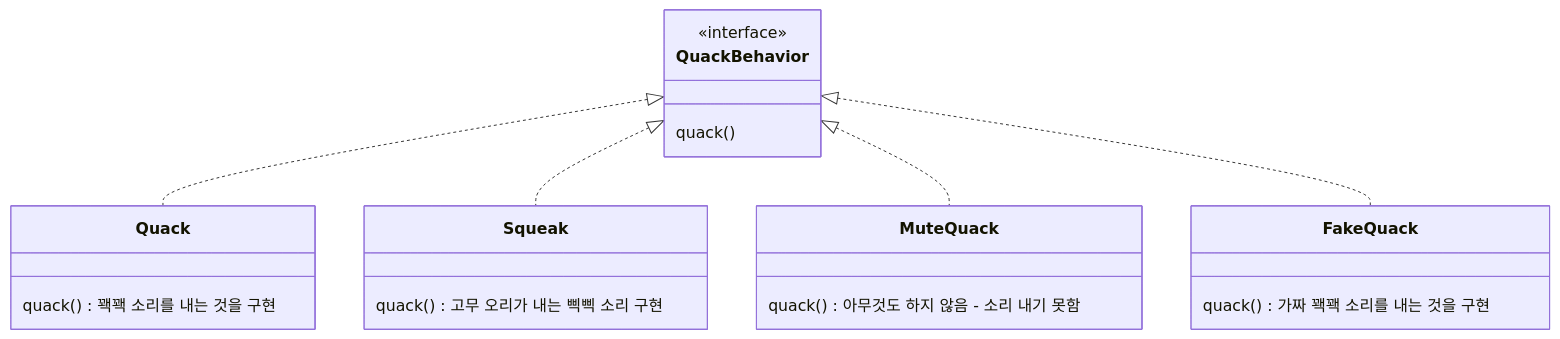
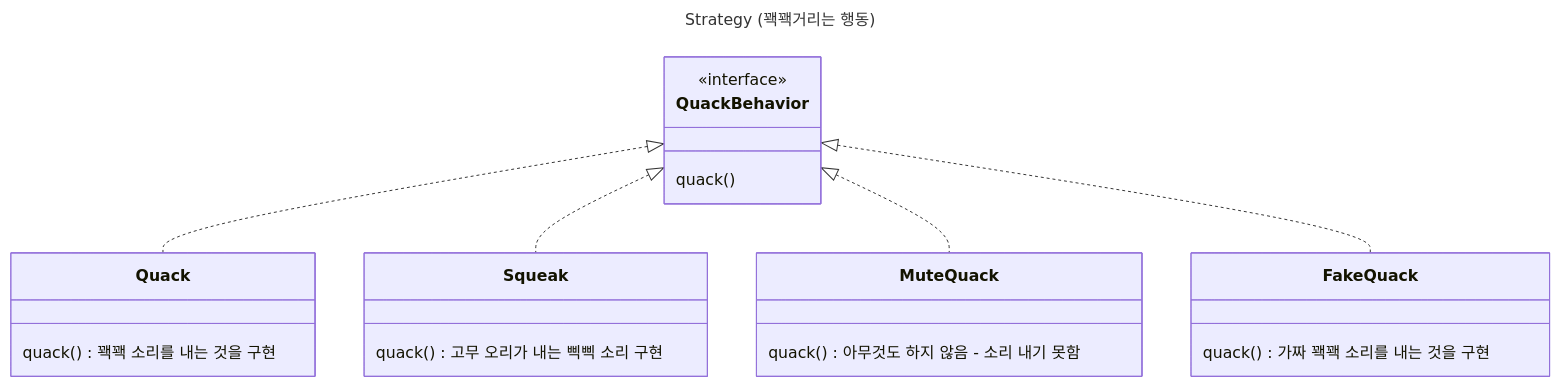
Before and after one commit to choesimin/choesimin.github.io: the fifth of 5 diagrams in _notes/design-pattern/strategy-pattern.md, drawn with Mermaid. The commit also changed other lines of this file and 5 other files, not shown here.

````diff
--- a/_notes/design-pattern/strategy-pattern.md
+++ b/_notes/design-pattern/strategy-pattern.md
@@ -187,29 +222,33 @@
 ```mermaid
+---
+title: Strategy (꽥꽥거리는 행동)
+---
+
 classDiagram
 
 class QuackBehavior {
     <<interface>>
     quack()
 }
 
 class Quack {
     quack() 꽥꽥 소리를 내는 것을 구현
 }
 
 class Squeak {
     quack() 고무 오리가 내는 삑삑 소리 구현
 }
 
 class MuteQuack {
     quack() 아무것도 하지 않음 - 소리 내기 못함
 }
 
 class FakeQuack {
     quack() 가짜 꽥꽥 소리를 내는 것을 구현
 }
 
 QuackBehavior <|.. Quack
 QuackBehavior <|.. Squeak
 QuackBehavior <|.. MuteQuack
 QuackBehavior <|.. FakeQuack
 ```
````
